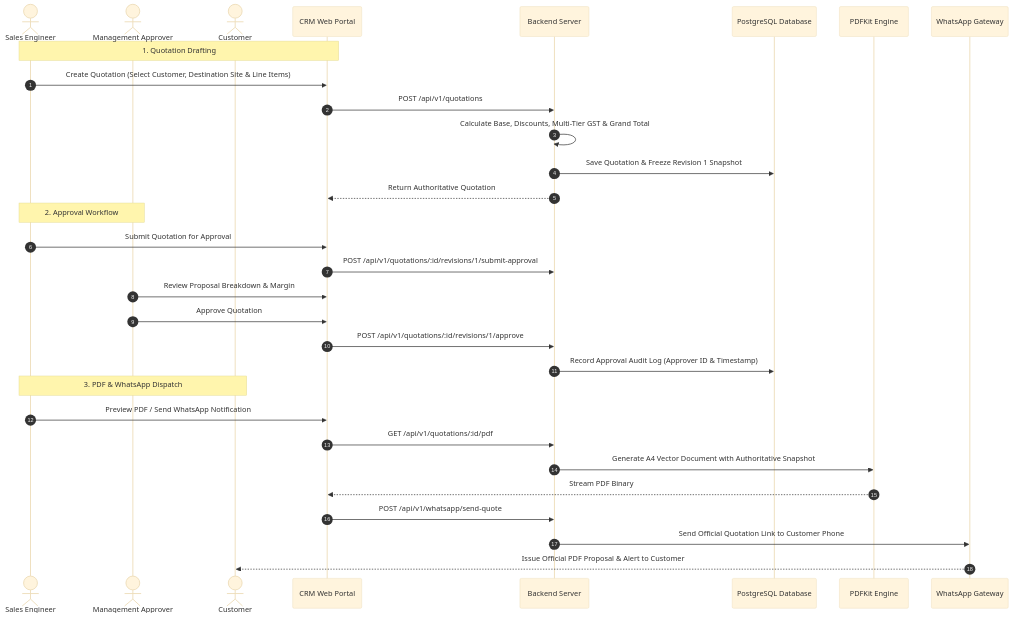
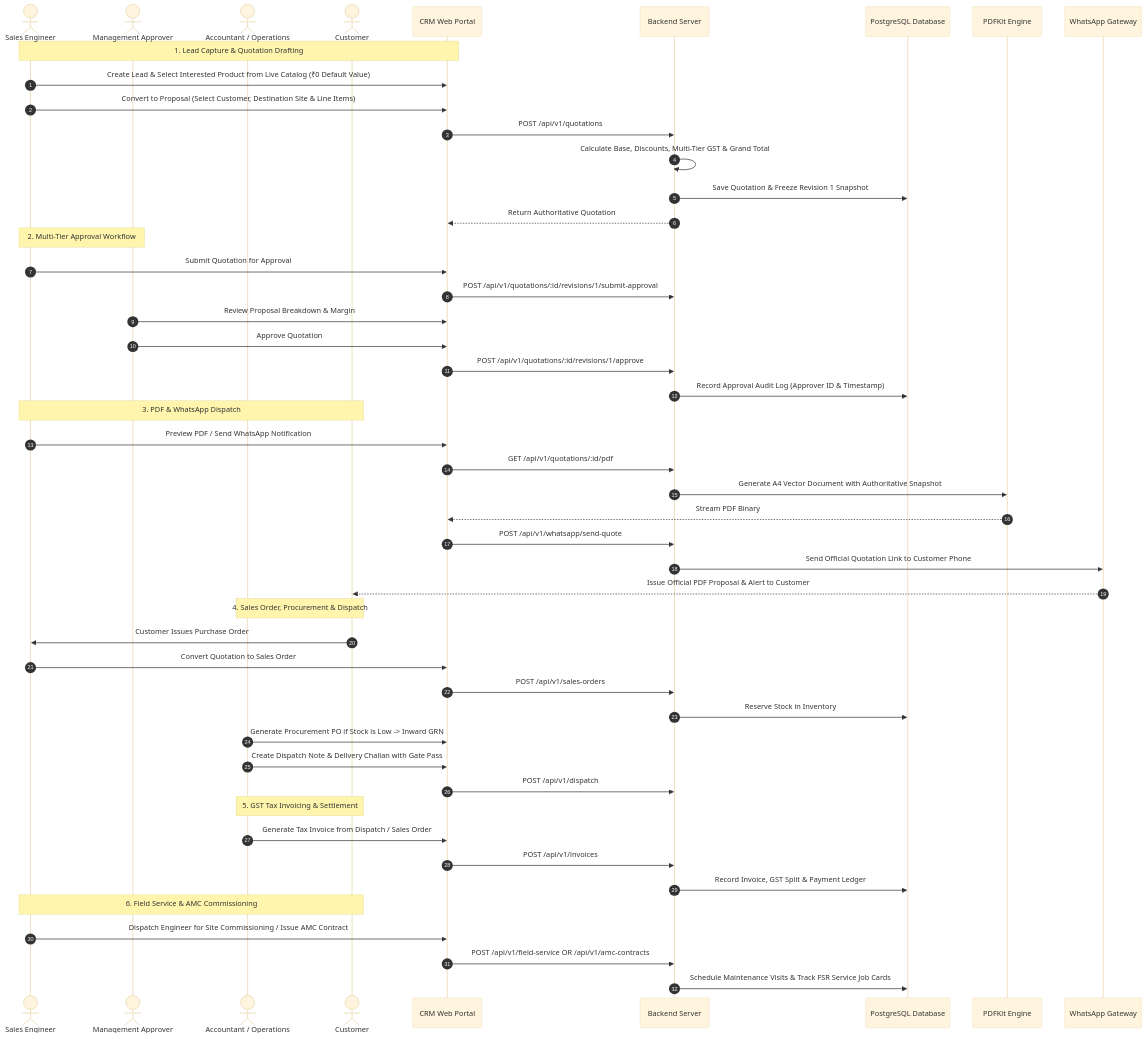
One commit to PatelRonak123/Taneja-Power-CRM changed the second of 2 diagrams in PROJECT_DOCUMENTATION.md. Above: the diagram before and after it, drawn with Mermaid (base theme). The commit also changed other lines of this file and 23 other files, not shown here.

````diff
--- a/PROJECT_DOCUMENTATION.md
+++ b/PROJECT_DOCUMENTATION.md
@@ -43,36 +43,57 @@
 ```mermaid
 sequenceDiagram
     autonumber
     actor Sales as Sales Engineer
     actor Mgr as Management Approver
+    actor Acct as Accountant / Operations
     actor Cust as Customer
     participant Web as CRM Web Portal
     participant API as Backend Server
     participant DB as PostgreSQL Database
     participant PDF as PDFKit Engine
     participant WA as WhatsApp Gateway
 
-    Note over Sales, Web: 1. Quotation Drafting
-    Sales->>Web: Create Quotation (Select Customer, Destination Site & Line Items)
+    Note over Sales, Web: 1. Lead Capture & Quotation Drafting
+    Sales->>Web: Create Lead & Select Interested Product from Live Catalog (₹0 Default Value)
+    Sales->>Web: Convert to Proposal (Select Customer, Destination Site & Line Items)
     Web->>API: POST /api/v1/quotations
     API->>API: Calculate Base, Discounts, Multi-Tier GST & Grand Total
     API->>DB: Save Quotation & Freeze Revision 1 Snapshot
     API-->>Web: Return Authoritative Quotation
 
-    Note over Sales, Mgr: 2. Approval Workflow
+    Note over Sales, Mgr: 2. Multi-Tier Approval Workflow
     Sales->>Web: Submit Quotation for Approval
     Web->>API: POST /api/v1/quotations/:id/revisions/1/submit-approval
     Mgr->>Web: Review Proposal Breakdown & Margin
     Mgr->>Web: Approve Quotation
     Web->>API: POST /api/v1/quotations/:id/revisions/1/approve
     API->>DB: Record Approval Audit Log (Approver ID & Timestamp)
 
     Note over Sales, Cust: 3. PDF & WhatsApp Dispatch
     Sales->>Web: Preview PDF / Send WhatsApp Notification
     Web->>API: GET /api/v1/quotations/:id/pdf
     API->>PDF: Generate A4 Vector Document with Authoritative Snapshot
     PDF-->>Web: Stream PDF Binary
     Web->>API: POST /api/v1/whatsapp/send-quote
     API->>WA: Send Official Quotation Link to Customer Phone
     WA-->>Cust: Issue Official PDF Proposal & Alert to Customer
+
+    Note over Cust, Acct: 4. Sales Order, Procurement & Dispatch
+    Cust->>Sales: Customer Issues Purchase Order
+    Sales->>Web: Convert Quotation to Sales Order
+    Web->>API: POST /api/v1/sales-orders
+    API->>DB: Reserve Stock in Inventory
+    Acct->>Web: Generate Procurement PO if Stock is Low -> Inward GRN
+    Acct->>Web: Create Dispatch Note & Delivery Challan with Gate Pass
+    Web->>API: POST /api/v1/dispatch
+
+    Note over Acct, Cust: 5. GST Tax Invoicing & Settlement
+    Acct->>Web: Generate Tax Invoice from Dispatch / Sales Order
+    Web->>API: POST /api/v1/invoices
+    API->>DB: Record Invoice, GST Split & Payment Ledger
+
+    Note over Sales, Cust: 6. Field Service & AMC Commissioning
+    Sales->>Web: Dispatch Engineer for Site Commissioning / Issue AMC Contract
+    Web->>API: POST /api/v1/field-service OR /api/v1/amc-contracts
+    API->>DB: Schedule Maintenance Visits & Track FSR Service Job Cards
 ```
````
